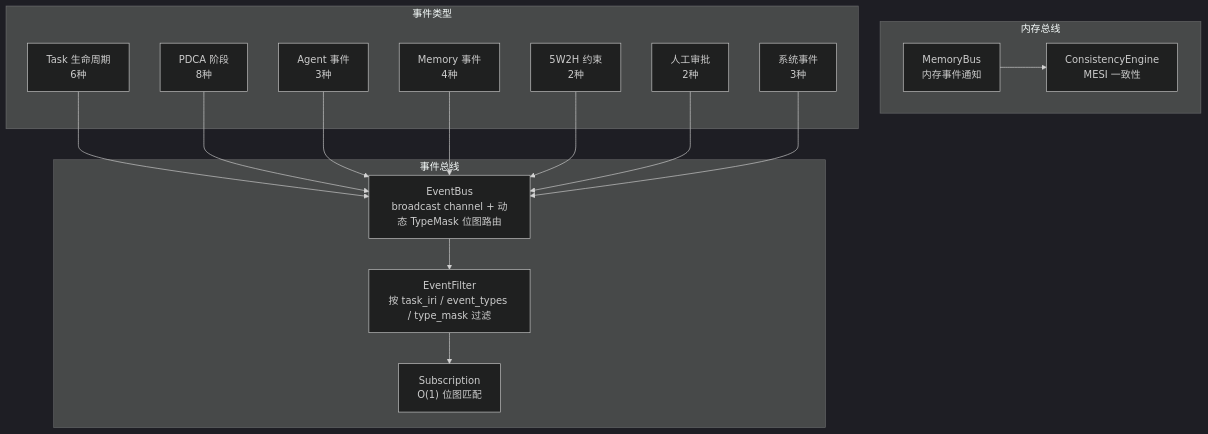
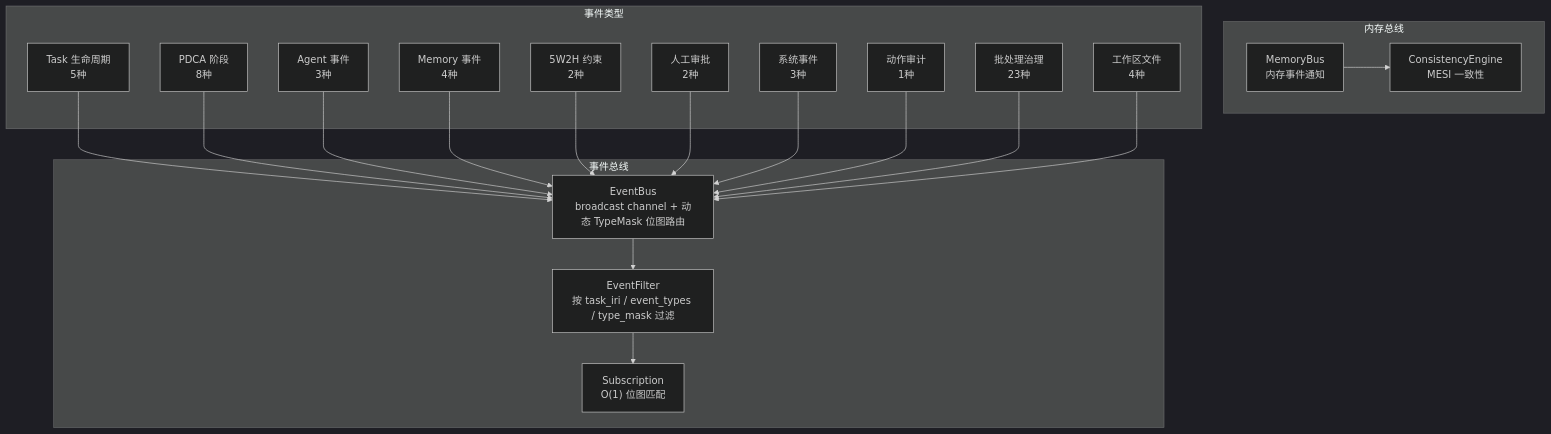
The first of 5 diagrams in docs/04-bus-system.zh.md (skaiy/wild_agentos), drawn with Mermaid (dark theme) before and after one commit. The commit also changed other lines of this file and 27 other files, not shown here.

````diff
--- a/docs/04-bus-system.zh.md
+++ b/docs/04-bus-system.zh.md
@@ -9,27 +9,30 @@
 ```mermaid
 graph TB
     subgraph 事件总线
         EB["EventBus<br/>broadcast channel + 动态 TypeMask 位图路由"]
         EF["EventFilter<br/>按 task_iri / event_types / type_mask 过滤"]
         SUB["Subscription<br/>O(1) 位图匹配"]
     end
 
     subgraph 内存总线
         MB["MemoryBus<br/>内存事件通知"]
         CE["ConsistencyEngine<br/>MESI 一致性"]
     end
 
     subgraph 事件类型
-        ET1["Task 生命周期<br/>6种"]
+        ET1["Task 生命周期<br/>5种"]
         ET2["PDCA 阶段<br/>8种"]
         ET3["Agent 事件<br/>3种"]
         ET4["Memory 事件<br/>4种"]
         ET5["5W2H 约束<br/>2种"]
         ET6["人工审批<br/>2种"]
         ET7["系统事件<br/>3种"]
+        ET8["动作审计<br/>1种"]
+        ET9["批处理治理<br/>23种"]
+        ET10["工作区文件<br/>4种"]
     end
 
     EB --> EF --> SUB
     MB --> CE
-    ET1 & ET2 & ET3 & ET4 & ET5 & ET6 & ET7 --> EB
+    ET1 & ET2 & ET3 & ET4 & ET5 & ET6 & ET7 & ET8 & ET9 & ET10 --> EB
 ```
````
